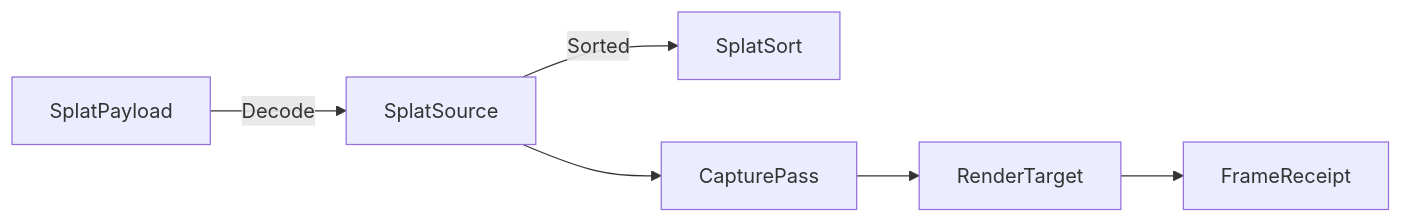
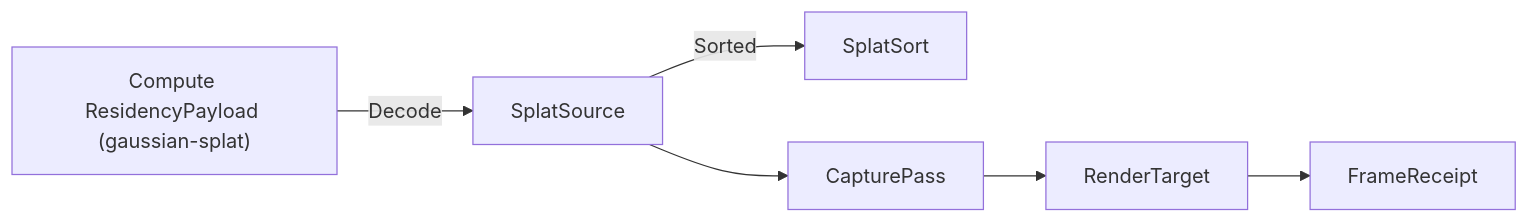
The diagram in libs/csharp/Rasm.AppUi/.planning/Render/reality.md (bsamiee/Rasm), drawn with Mermaid before and after one commit. The commit also changed other lines of this file and 194 other files, not shown here.

````diff
--- a/libs/csharp/Rasm.AppUi/.planning/Render/reality.md
+++ b/libs/csharp/Rasm.AppUi/.planning/Render/reality.md
@@ -85,8 +146,8 @@
 ```mermaid
 flowchart LR
-    SplatPayload -->|Decode| SplatSource
+    Payload["Compute ResidencyPayload (gaussian-splat)"] -->|Decode| SplatSource
     SplatSource -->|Sorted| SplatSort
     SplatSource --> CapturePass
     CapturePass --> RenderTarget
     RenderTarget --> FrameReceipt
 ```
````
